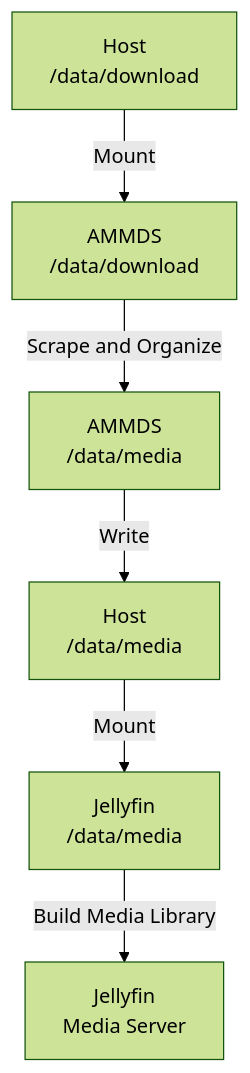
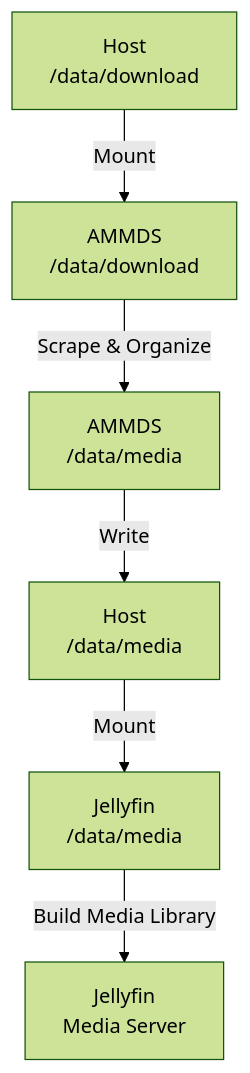
The third of 5 diagrams in i18n/en/docusaurus-plugin-content-docs/current/usage/Mount.md (QYG2297248353/AMMDS-DOC), drawn with Mermaid (forest theme) before and after one commit. The commit also changed other lines of this file and 148 other files, not shown here.

````diff
--- a/i18n/en/docusaurus-plugin-content-docs/current/usage/Mount.md
+++ b/i18n/en/docusaurus-plugin-content-docs/current/usage/Mount.md
@@ -154,9 +156,9 @@
 ```mermaid
 flowchart TD
     %% Data flow diagram
     HOST_DOWNLOAD["Host<br/>/data/download"] -->|"Mount"| AMMDS_DOWNLOAD["AMMDS<br/>/data/download"]
-    AMMDS_DOWNLOAD -->|"Scrape and Organize"| AMMDS_MEDIA["AMMDS<br/>/data/media"]
+    AMMDS_DOWNLOAD -->|"Scrape & Organize"| AMMDS_MEDIA["AMMDS<br/>/data/media"]
     AMMDS_MEDIA -->|"Write"| HOST_MEDIA["Host<br/>/data/media"]
     HOST_MEDIA -->|"Mount"| JELLYFIN_MEDIA["Jellyfin<br/>/data/media"]
     JELLYFIN_MEDIA -->|"Build Media Library"| JELLYFIN_SERVER["Jellyfin<br/>Media Server"]
 ```
````
